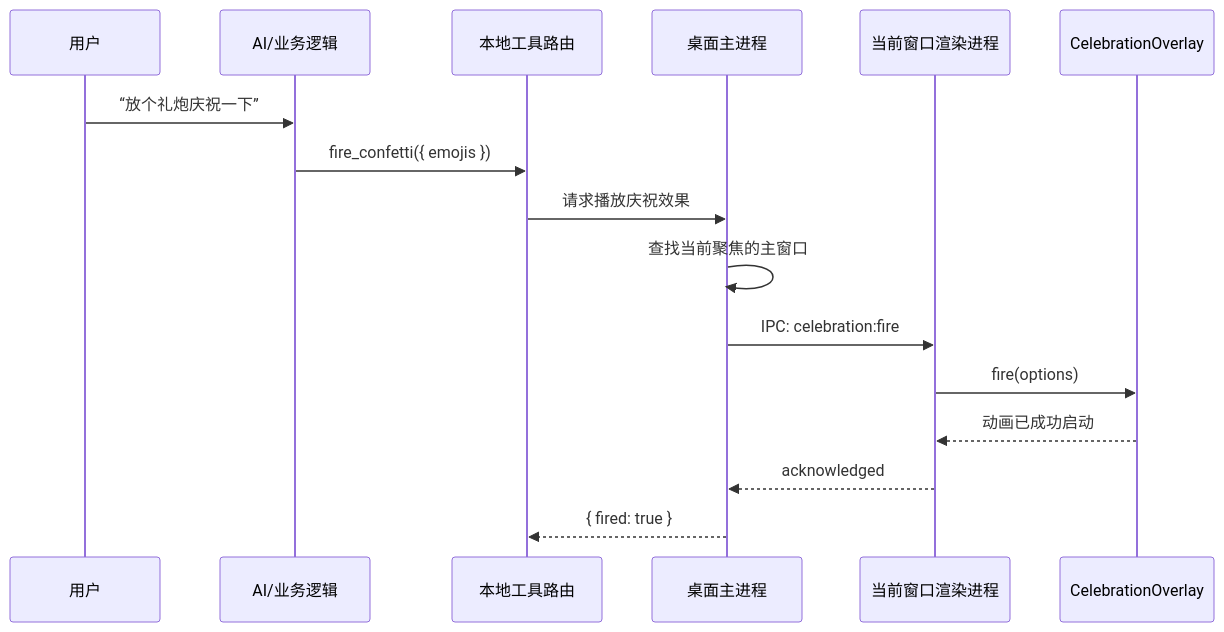
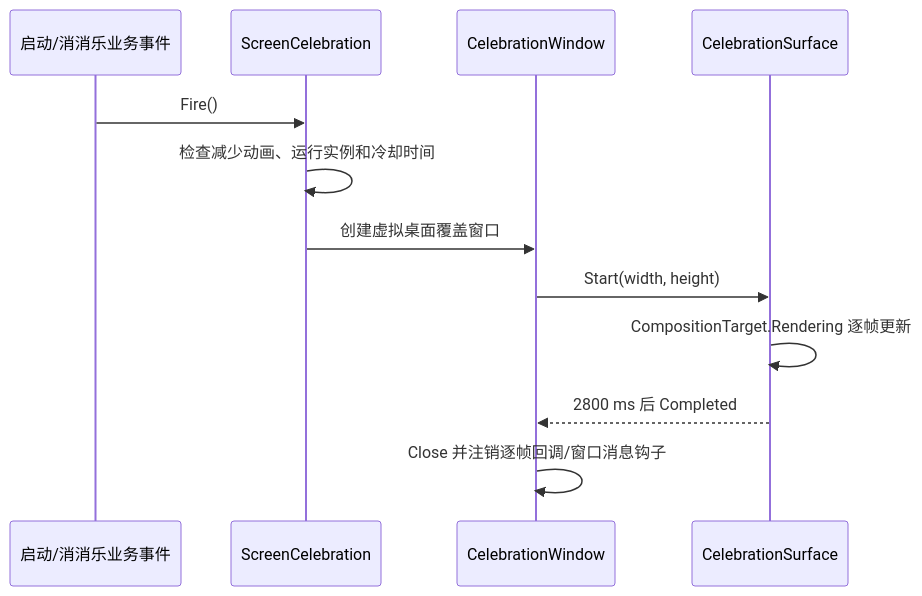
One commit to C4ppucc1n0/capylulu changed the diagram in docs/confetti-animation-implementation.md. Above: the diagram before and after it, drawn with Mermaid. The commit also changed other lines of this file and 63 other files, not shown here.

Commit message:
feat: add screen celebration and consolidate reference-driven pet assets

````diff
--- a/docs/confetti-animation-implementation.md
+++ b/docs/confetti-animation-implementation.md
@@ -28,19 +29,15 @@
 ```mermaid
 sequenceDiagram
-    participant U as 用户
-    participant A as AI/业务逻辑
-    participant T as 本地工具路由
-    participant M as 桌面主进程
-    participant R as 当前窗口渲染进程
-    participant C as CelebrationOverlay
+    participant E as 启动/消消乐业务事件
+    participant S as ScreenCelebration
+    participant W as CelebrationWindow
+    participant R as CelebrationSurface
 
-    U->>A: “放个礼炮庆祝一下”
-    A->>T: fire_confetti({ emojis })
-    T->>M: 请求播放庆祝效果
-    M->>M: 查找当前聚焦的主窗口
-    M->>R: IPC: celebration:fire
-    R->>C: fire(options)
-    C-->>R: 动画已成功启动
-    R-->>M: acknowledged
-    M-->>T: { fired: true }
+    E->>S: Fire()
+    S->>S: 检查减少动画、运行实例和冷却时间
+    S->>W: 创建虚拟桌面覆盖窗口
+    W->>R: Start(width, height)
+    R->>R: CompositionTarget.Rendering 逐帧更新
+    R-->>W: 2800 ms 后 Completed
+    W->>W: Close 并注销逐帧回调/窗口消息钩子
 ```
````
